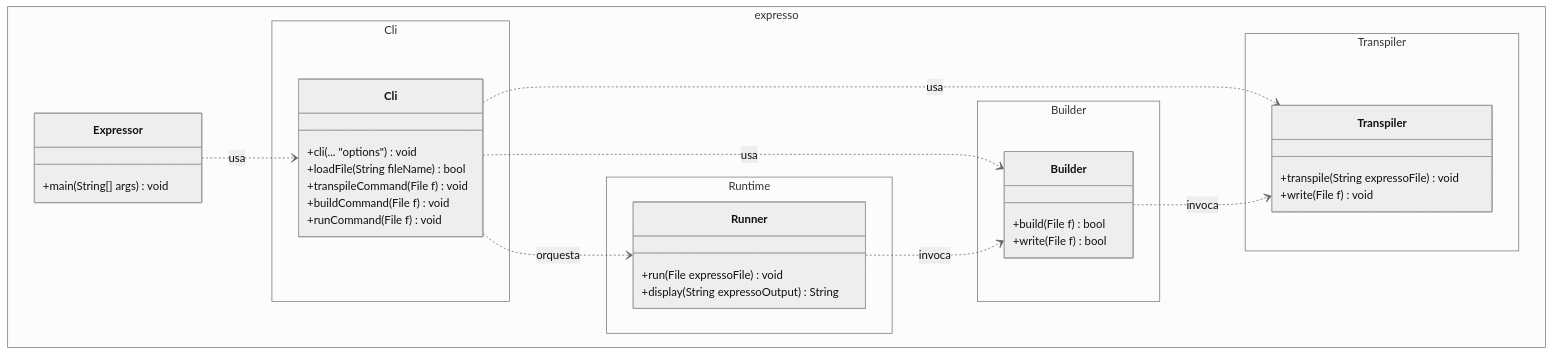
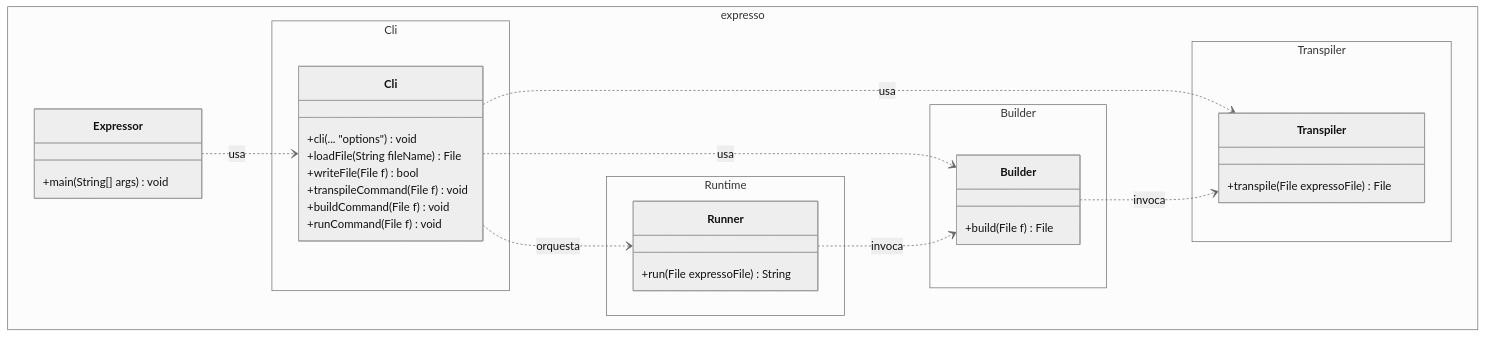
Before and after one commit to anthonyOviedo/Expresso: the diagram in UML.mmd, drawn with Mermaid (neutral theme).

```diff
--- a/UML.mmd
+++ b/UML.mmd
@@ -1,53 +1,51 @@
 classDiagram
 %% =======================
 %% Paquetes / namespaces
 %% =======================
 
 namespace expresso{
   class Expressor {
     +main(String[] args) void
   }
 }
 
 namespace expresso.Cli {
   class Cli {
     +cli(... "options") void
-    +loadFile(String fileName) bool
+    +loadFile(String fileName) File
+    +writeFile(File f) bool
     +transpileCommand(File f) void
     +buildCommand(File f) void
     +runCommand(File f) void
   }
 }
 
 
 namespace expresso.Transpiler {
   class Transpiler {
-    +transpile(String expressoFile) void
-    +write(File f) void
+    +transpile(File expressoFile) File
   }
 }
 
 namespace expresso.Builder {
   class Builder {
-    +build(File f) bool
-    +write(File f) bool
+    +build(File f) File
   }
 }
 
 namespace expresso.Runtime {
   class Runner {
-    +run(File expressoFile) void
-    +display(String expressoOutput) String
+    +run(File expressoFile) String
   }
 }
 
 %% =======================
 %% Relaciones internas
 %% =======================
 Expressor ..> Cli : usa
 Cli ..> Transpiler : usa
 Cli ..> Builder  : usa
 Cli ..> Runner     : orquesta
 
 Builder ..> Transpiler : invoca
 Runner    ..> Builder  : invoca
```
